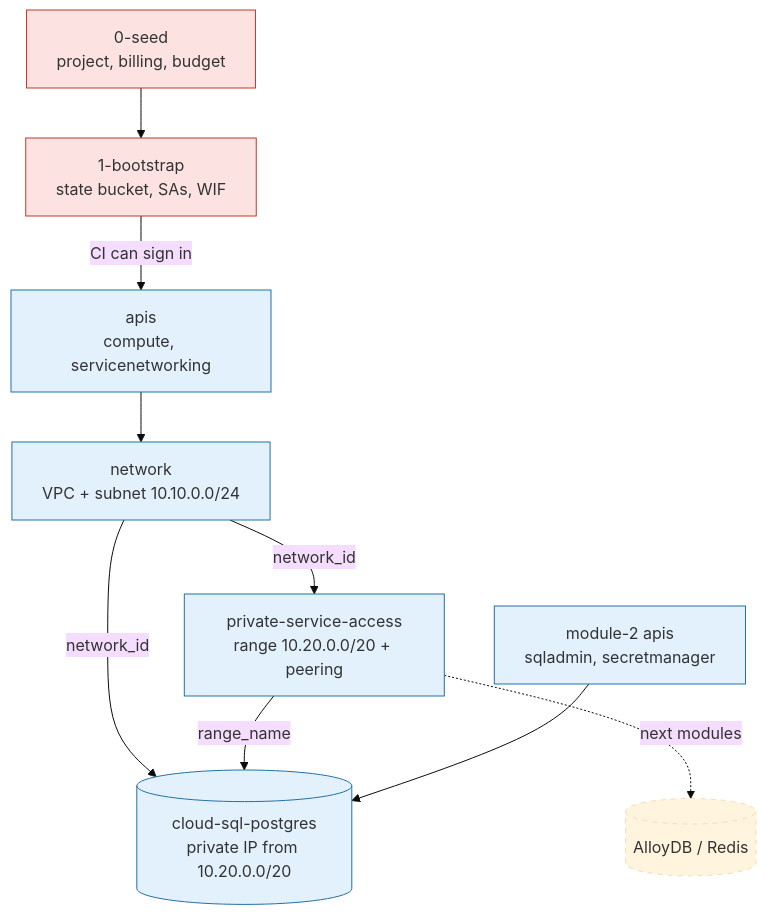
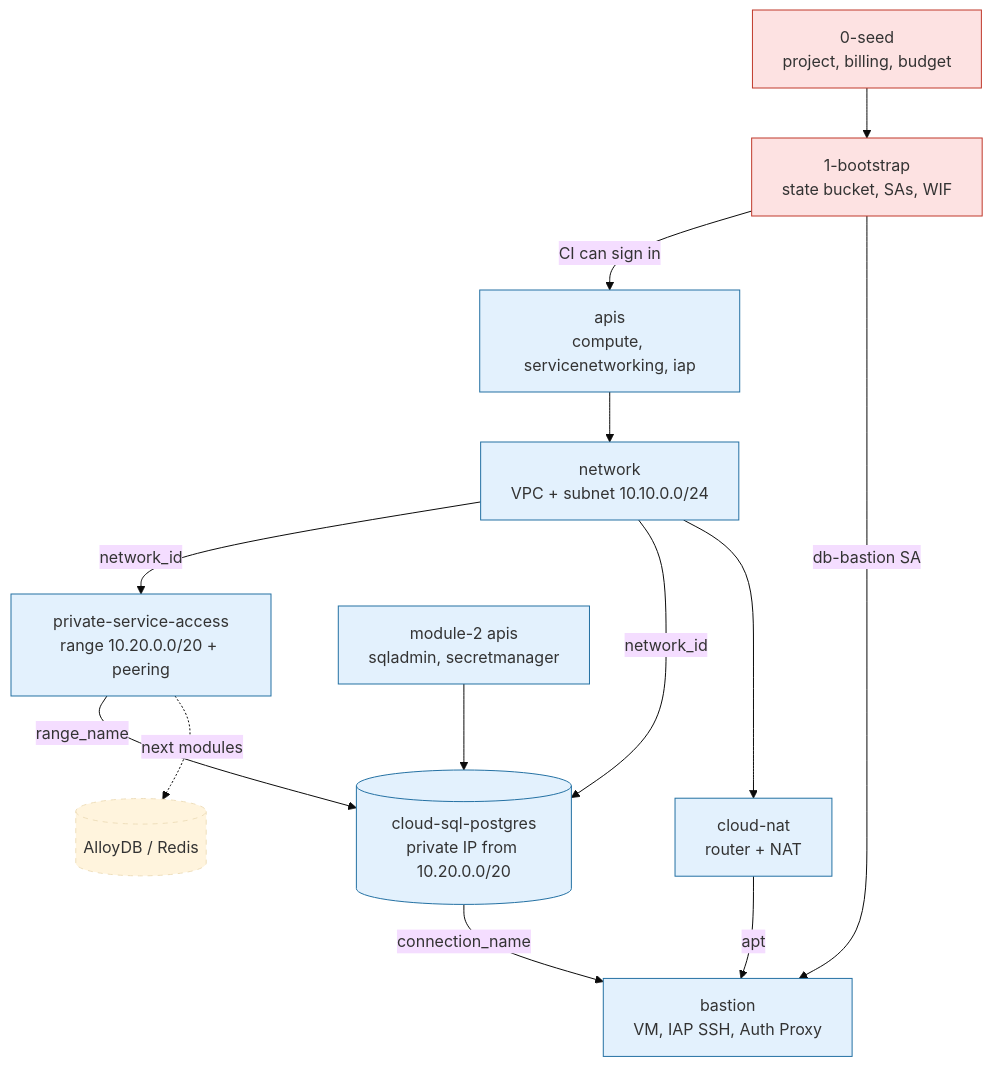
Before and after one commit to Bohdan-Ihnatenko88/gcp-learning: the first of 2 diagrams in README.md, drawn with Mermaid (base theme). The commit also changed other lines of this file and 19 other files, not shown here.

````diff
--- a/README.md
+++ b/README.md
@@ -29,27 +31,33 @@
 ```mermaid
 flowchart TD
     seed["0-seed<br/>project, billing, budget"]
     boot["1-bootstrap<br/>state bucket, SAs, WIF"]
-    apis["apis<br/>compute, servicenetworking"]
+    apis["apis<br/>compute, servicenetworking, iap"]
     vpc["network<br/>VPC + subnet 10.10.0.0/24"]
     psa["private-service-access<br/>range 10.20.0.0/20 + peering"]
     apis2["module-2 apis<br/>sqladmin, secretmanager"]
     sql[("cloud-sql-postgres<br/>private IP from 10.20.0.0/20")]
+    nat["cloud-nat<br/>router + NAT"]
+    bastion["bastion<br/>VM, IAP SSH, Auth Proxy"]
     db[("AlloyDB / Redis")]
 
     seed --> boot
     boot -->|"CI can sign in"| apis
     apis --> vpc
     vpc -->|network_id| psa
     vpc -->|network_id| sql
     psa -->|range_name| sql
     apis2 --> sql
+    vpc --> nat
+    sql -->|connection_name| bastion
+    nat -->|apt| bastion
+    boot -->|db-bastion SA| bastion
     psa -.->|next modules| db
 
     classDef admin fill:#fde2e2,stroke:#c0392b
     classDef ci fill:#e3f1fd,stroke:#2471a3
     classDef planned stroke-dasharray: 5 5
     class seed,boot admin
-    class apis,vpc,psa,apis2,sql ci
+    class apis,vpc,psa,apis2,sql,nat,bastion ci
     class db planned
 ```
````
